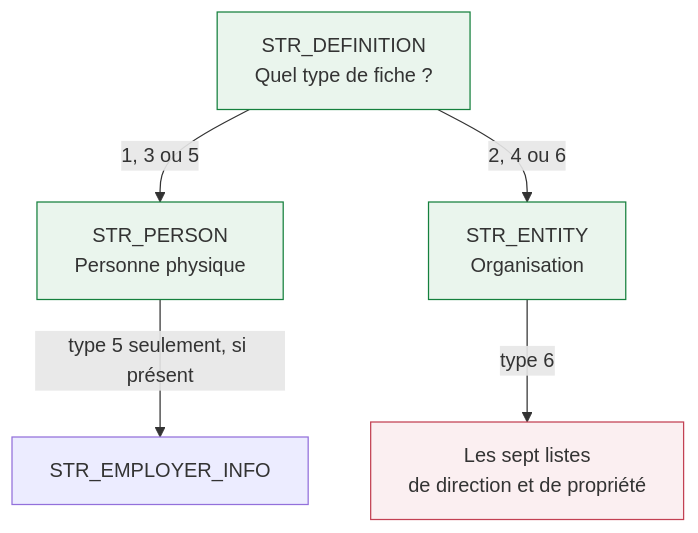
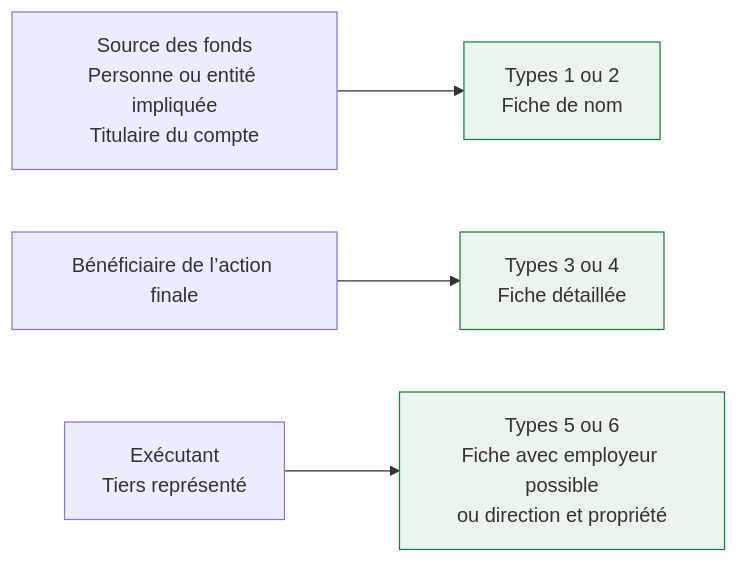
One commit to khojasahil/projetdod changed the third of 10 diagrams in SCHEMAS_EXPLICATIFS.md. Above: the diagram before and after it, drawn with Mermaid. The commit also changed other lines of this file and 1 other file, not shown here.

Commit message:
Detailler les variantes typeCode et les choix de rattachement avec exemples

````diff
--- a/SCHEMAS_EXPLICATIFS.md
+++ b/SCHEMAS_EXPLICATIFS.md
@@ -68,12 +180,9 @@
 ```mermaid
-flowchart TB
-    D["STR_DEFINITION<br/>Quel type de fiche ?"]
-    D -->|"1, 3 ou 5"| P["STR_PERSON<br/>Personne physique"]
-    D -->|"2, 4 ou 6"| E["STR_ENTITY<br/>Organisation"]
-    P -->|"type 5 seulement, si présent"| EM["STR_EMPLOYER_INFO"]
-    E -->|"type 6"| BO["Les sept listes<br/>de direction et de propriété"]
-    style D fill:#EAF5ED,stroke:#15803D
-    style P fill:#EAF5ED,stroke:#15803D
-    style E fill:#EAF5ED,stroke:#15803D
-    style BO fill:#FBEFF1,stroke:#C24153
+flowchart LR
+    S["Source des fonds<br/>Personne ou entité impliquée<br/>Titulaire du compte"] --> A["Types 1 ou 2<br/>Fiche de nom"]
+    B["Bénéficiaire de l’action finale"] --> C["Types 3 ou 4<br/>Fiche détaillée"]
+    E["Exécutant<br/>Tiers représenté"] --> F["Types 5 ou 6<br/>Fiche avec employeur possible<br/>ou direction et propriété"]
+    style A fill:#EAF5ED,stroke:#15803D
+    style C fill:#EAF5ED,stroke:#15803D
+    style F fill:#EAF5ED,stroke:#15803D
 ```
````
